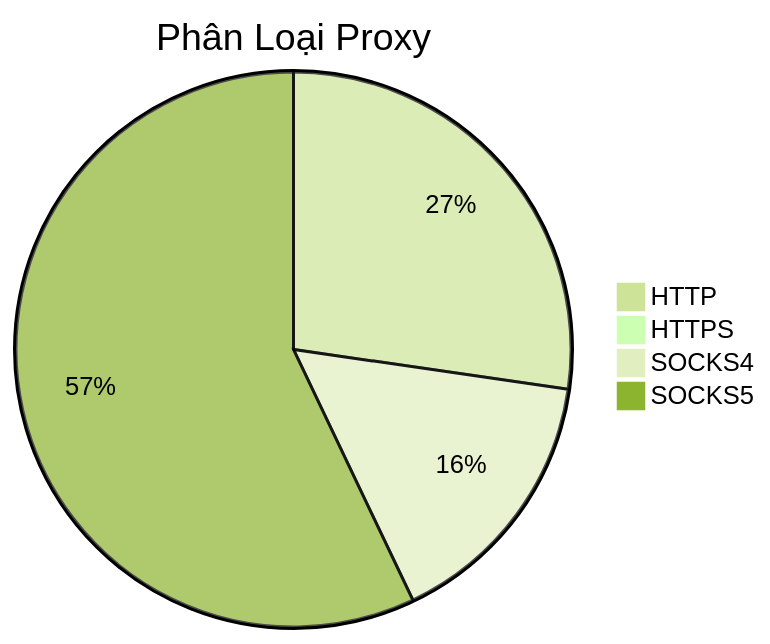
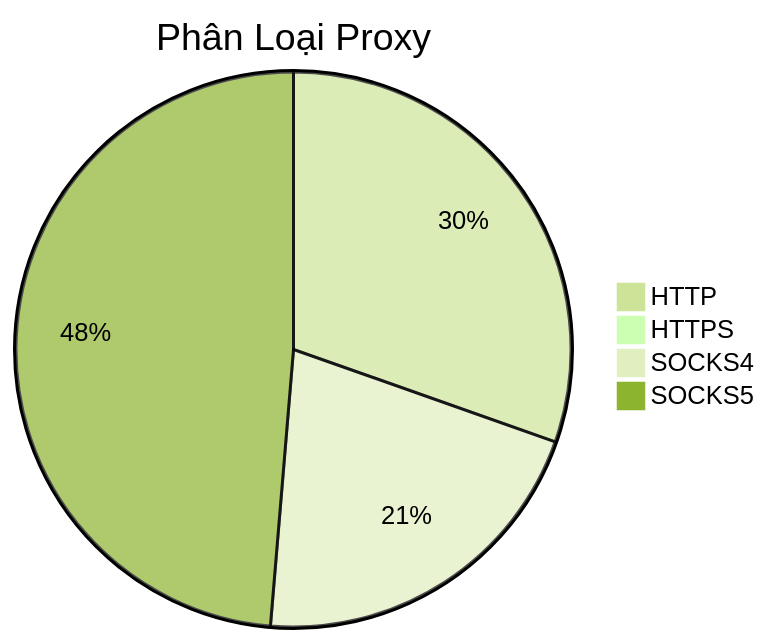
The diagram in README.md (Ciara-Aa/PROXY-free), drawn with Mermaid (forest theme) before and after one commit. The commit also changed other lines of this file and 4 other files, not shown here.

````diff
--- a/README.md
+++ b/README.md
@@ -26,7 +26,7 @@
 ```mermaid
 pie title Phân Loại Proxy
-    "HTTP" : 534
-    "HTTPS" : 3
-    "SOCKS4" : 306
-    "SOCKS5" : 1117
+    "HTTP" : 539
+    "HTTPS" : 8
+    "SOCKS4" : 371
+    "SOCKS5" : 863
 ```
````
